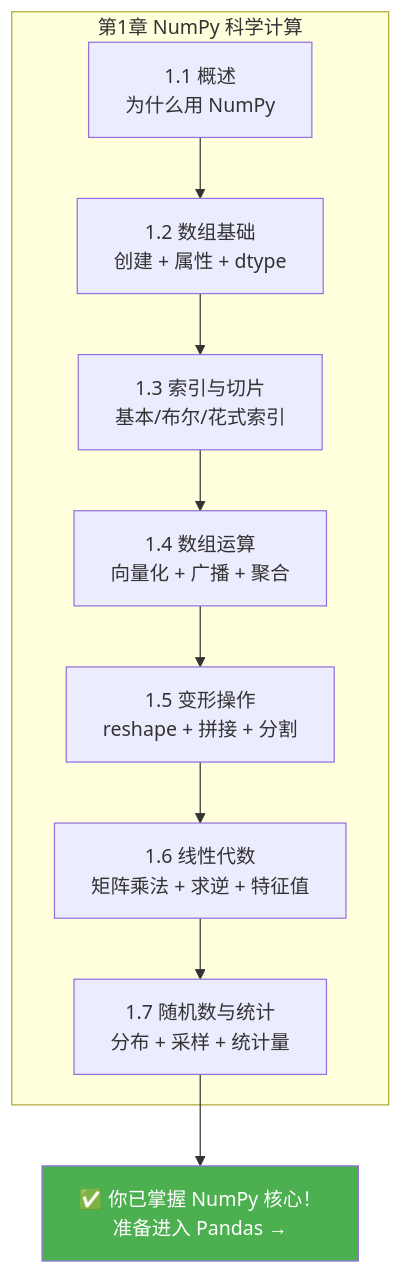
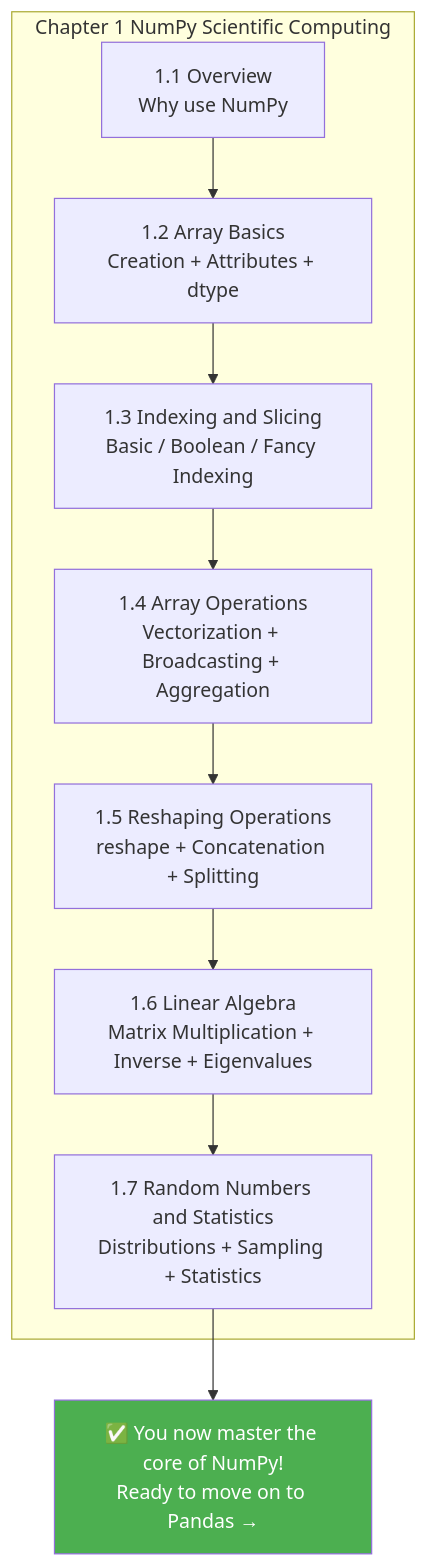
One commit to oudbiao/AI-fullstack-course changed the second of 2 diagrams in docs/ch03-data-analysis/ch02-numpy/07-random-stats.md. Above: the diagram before and after it, drawn with Mermaid. The commit also changed other lines of this file and 1406 other files, not shown here.

````diff
--- a/docs/ch03-data-analysis/ch02-numpy/07-random-stats.md
+++ b/docs/ch03-data-analysis/ch02-numpy/07-random-stats.md
@@ -455,15 +455,15 @@
 ```mermaid
 flowchart TB
-    subgraph "第1章 NumPy 科学计算"
-        A["1.1 概述<br/>为什么用 NumPy"] --> B["1.2 数组基础<br/>创建 + 属性 + dtype"]
-        B --> C["1.3 索引与切片<br/>基本/布尔/花式索引"]
-        C --> D["1.4 数组运算<br/>向量化 + 广播 + 聚合"]
-        D --> E["1.5 变形操作<br/>reshape + 拼接 + 分割"]
-        E --> F["1.6 线性代数<br/>矩阵乘法 + 求逆 + 特征值"]
-        F --> G["1.7 随机数与统计<br/>分布 + 采样 + 统计量"]
+    subgraph "Chapter 1 NumPy Scientific Computing"
+        A["1.1 Overview<br/>Why use NumPy"] --> B["1.2 Array Basics<br/>Creation + Attributes + dtype"]
+        B --> C["1.3 Indexing and Slicing<br/>Basic / Boolean / Fancy Indexing"]
+        C --> D["1.4 Array Operations<br/>Vectorization + Broadcasting + Aggregation"]
+        D --> E["1.5 Reshaping Operations<br/>reshape + Concatenation + Splitting"]
+        E --> F["1.6 Linear Algebra<br/>Matrix Multiplication + Inverse + Eigenvalues"]
+        F --> G["1.7 Random Numbers and Statistics<br/>Distributions + Sampling + Statistics"]
     end
 
-    G --> H["✅ 你已掌握 NumPy 核心！<br/>准备进入 Pandas →"]
+    G --> H["✅ You now master the core of NumPy!<br/>Ready to move on to Pandas →"]
 
     style H fill:#4caf50,color:#fff
 ```
````
